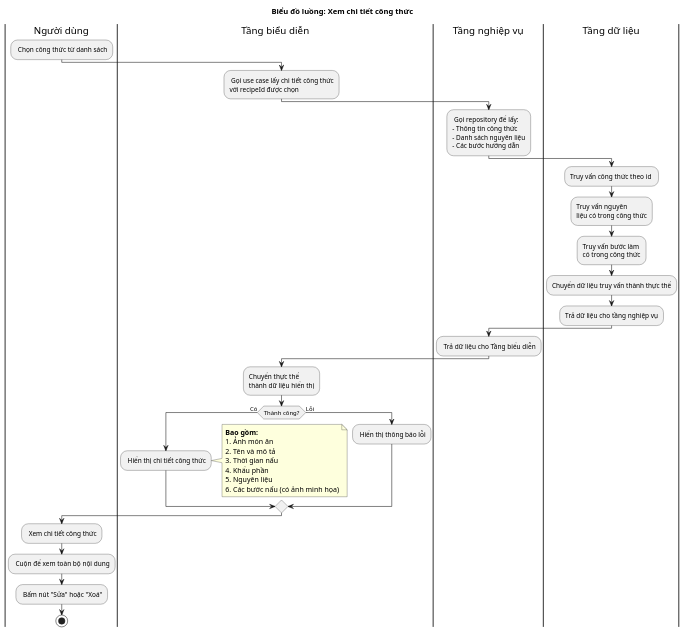
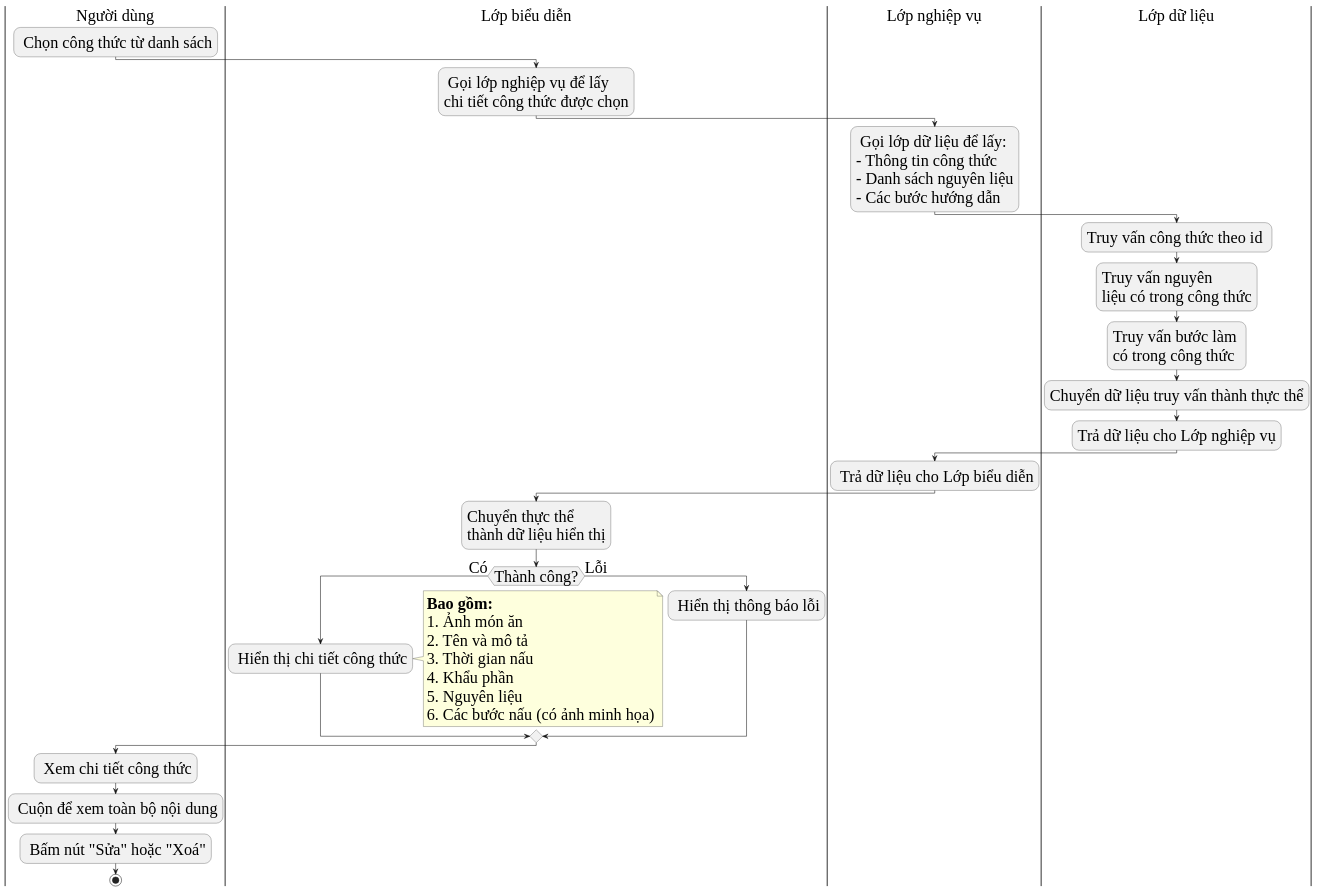
Before and after one commit to thecodinglife320/CookGood: the diagram in diagram/get_my_recipe_detail.puml, drawn with PlantUML. The commit also changed 57 other files, not shown here.

```diff
--- a/diagram/get_my_recipe_detail.puml
+++ b/diagram/get_my_recipe_detail.puml
@@ -1,48 +1,49 @@
 @startuml
-title Biểu đồ luồng: Xem chi tiết công thức
+skinparam DefaultFontName "Liberation Serif"
+skinparam DefaultFontSize 30
 
 |Người dùng|
 : Chọn công thức từ danh sách;
 
-|Tầng biểu diễn|
-: Gọi use case lấy chi tiết công thức\nvới recipeId được chọn;
+|Lớp biểu diễn|
+: Gọi lớp nghiệp vụ để lấy\nchi tiết công thức được chọn;
 
-|Tầng nghiệp vụ|
-: Gọi repository để lấy:\n- Thông tin công thức\n- Danh sách nguyên liệu\n- Các bước hướng dẫn;
+|Lớp nghiệp vụ|
+: Gọi lớp dữ liệu để lấy:\n- Thông tin công thức\n- Danh sách nguyên liệu\n- Các bước hướng dẫn;
 
-|Tầng dữ liệu|
+|Lớp dữ liệu|
 :Truy vấn công thức theo id ;
 :Truy vấn nguyên \nliệu có trong công thức;
 :Truy vấn bước làm \ncó trong công thức;
 :Chuyển dữ liệu truy vấn thành thực thể;
-:Trả dữ liệu cho tầng nghiệp vụ;
+:Trả dữ liệu cho Lớp nghiệp vụ;
 
-|Tầng nghiệp vụ|
-: Trả dữ liệu cho Tầng biểu diễn;
+|Lớp nghiệp vụ|
+: Trả dữ liệu cho Lớp biểu diễn;
 
-|Tầng biểu diễn|
+|Lớp biểu diễn|
 :Chuyển thực thể \nthành dữ liệu hiển thị;
 
-|Tầng biểu diễn|
+|Lớp biểu diễn|
 if (Thành công?) then (Có)
   : Hiển thị chi tiết công thức;
   note right
     **Bao gồm:**
     1. Ảnh món ăn
     2. Tên và mô tả
     3. Thời gian nấu
     4. Khẩu phần
     5. Nguyên liệu
     6. Các bước nấu (có ảnh minh họa)
   end note
 else (Lỗi)
   : Hiển thị thông báo lỗi;
 endif
 
 |Người dùng|
 : Xem chi tiết công thức;
 : Cuộn để xem toàn bộ nội dung;
 : Bấm nút "Sửa" hoặc "Xoá";
 
 stop
 @enduml
```
